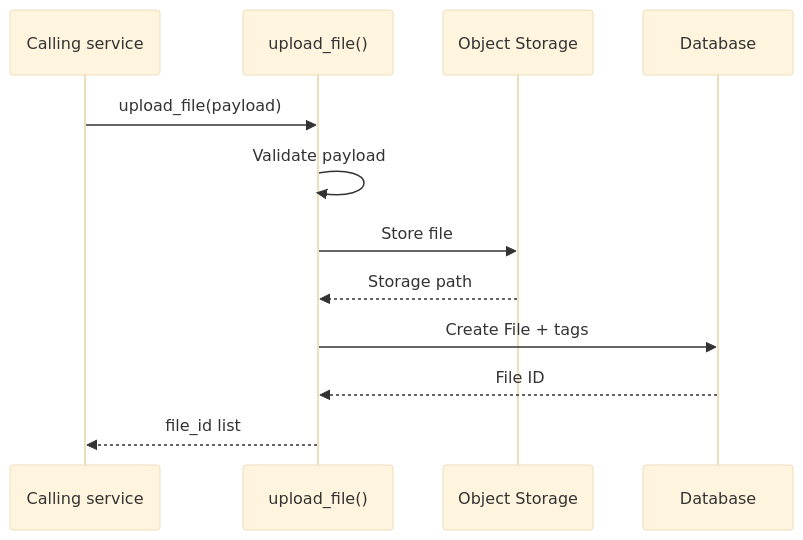
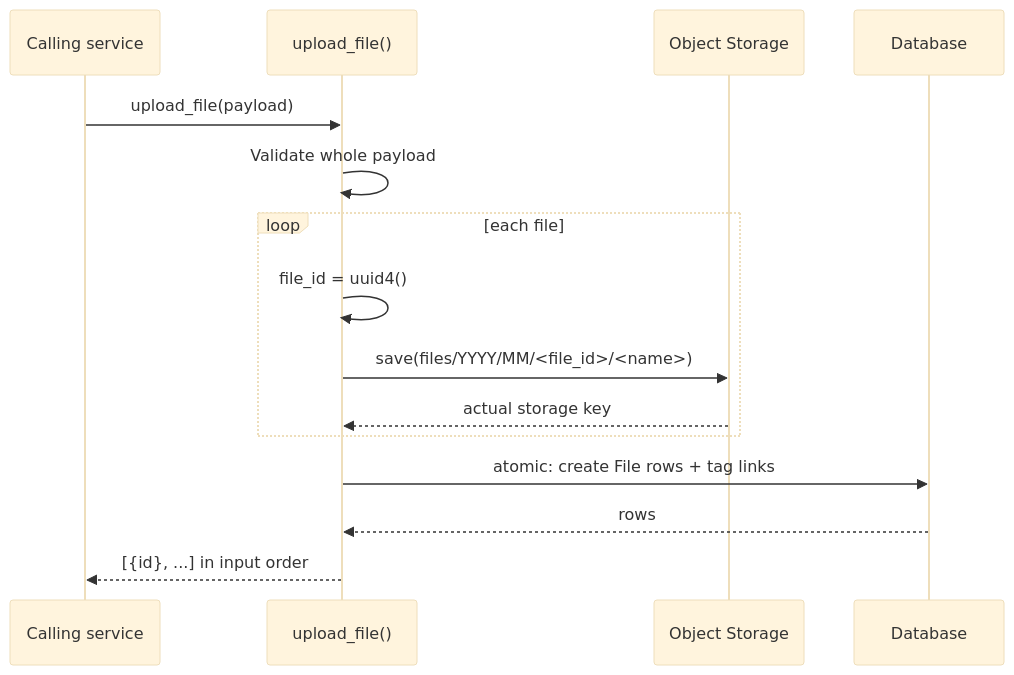
One commit to pucardotorg/dristi-be changed the second of 2 diagrams in spec/0014-file-storage-service.md. Above: the diagram before and after it, drawn with Mermaid (base theme). The commit also changed other lines of this file and 19 other files, not shown here.

````diff
--- a/spec/0014-file-storage-service.md
+++ b/spec/0014-file-storage-service.md
@@ -274,15 +306,18 @@
 ```mermaid
 sequenceDiagram
     participant C as Calling service
     participant F as upload_file()
     participant S as Object Storage
     participant DB as Database
 
     C->>F: upload_file(payload)
-    F->>F: Validate payload
-    F->>S: Store file
-    S-->>F: Storage path
-    F->>DB: Create File + tags
-    DB-->>F: File ID
-    F-->>C: file_id list
+    F->>F: Validate whole payload
+    loop each file
+        F->>F: file_id = uuid4()
+        F->>S: save(files/YYYY/MM/<file_id>/<name>)
+        S-->>F: actual storage key
+    end
+    F->>DB: atomic: create File rows + tag links
+    DB-->>F: rows
+    F-->>C: [{id}, ...] in input order
 ```
````
